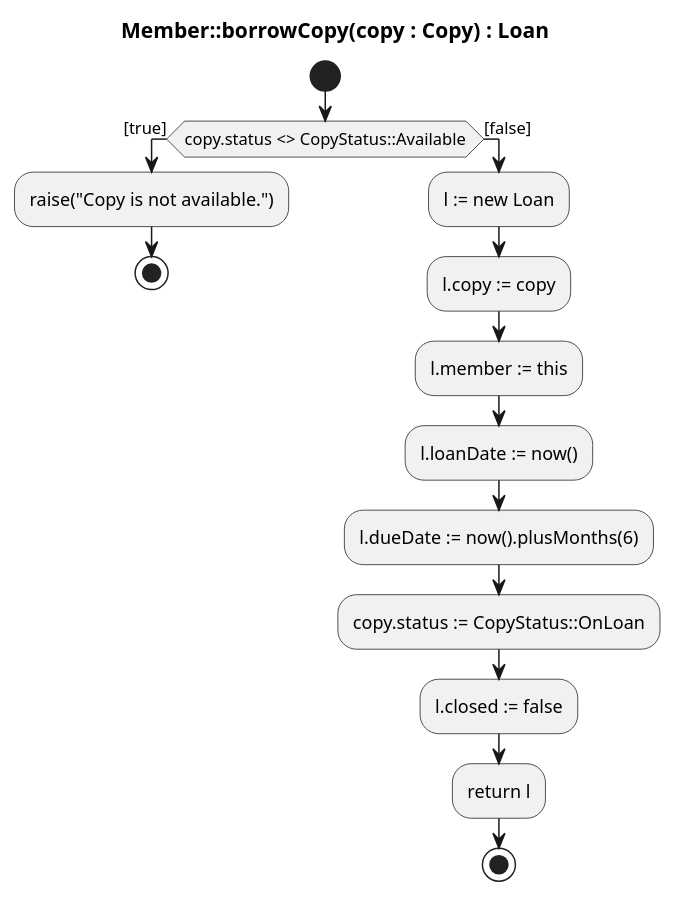
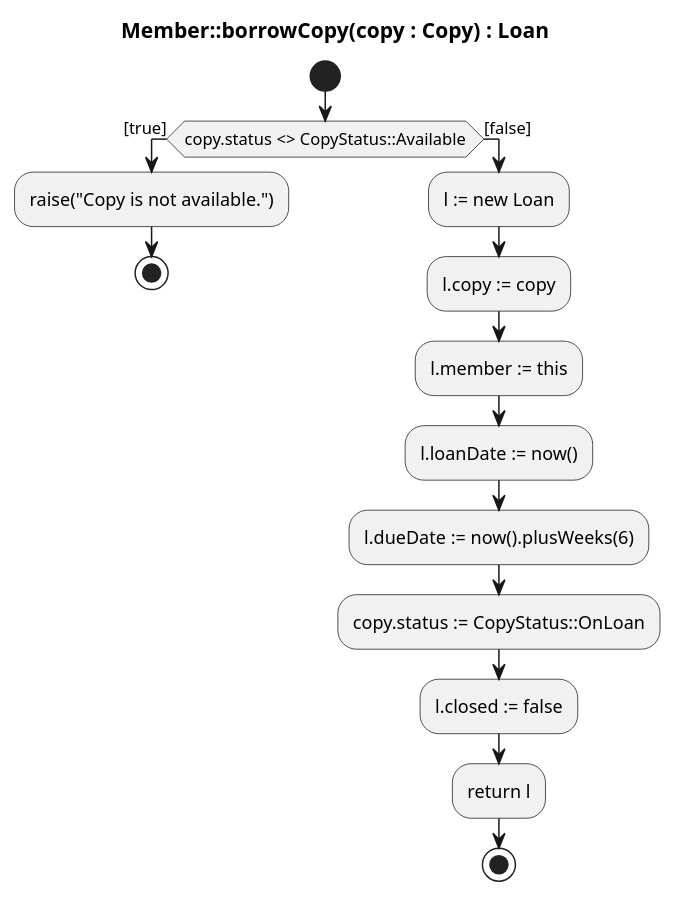
One commit to scx-othr/MoProCo-evaluation changed the diagram in library/classical-uml/borrow-copy.puml. Above: the diagram before and after it, drawn with PlantUML.

Commit message:
Update one action

```diff
--- a/library/classical-uml/borrow-copy.puml
+++ b/library/classical-uml/borrow-copy.puml
@@ -1,19 +1,19 @@
 @startuml
 title Member::borrowCopy(copy : Copy) : Loan
 
 start
 if (copy.status <> CopyStatus::Available) then ([true])
   :raise("Copy is not available.");
   stop
 else ([false])
   :l := new Loan;
   :l.copy := copy;
   :l.member := this;
   :l.loanDate := now();
-  :l.dueDate := now().plusMonths(6);
+  :l.dueDate := now().plusWeeks(6);
   :copy.status := CopyStatus::OnLoan;
   :l.closed := false;
   :return l;
   stop
 endif
 @enduml
```
